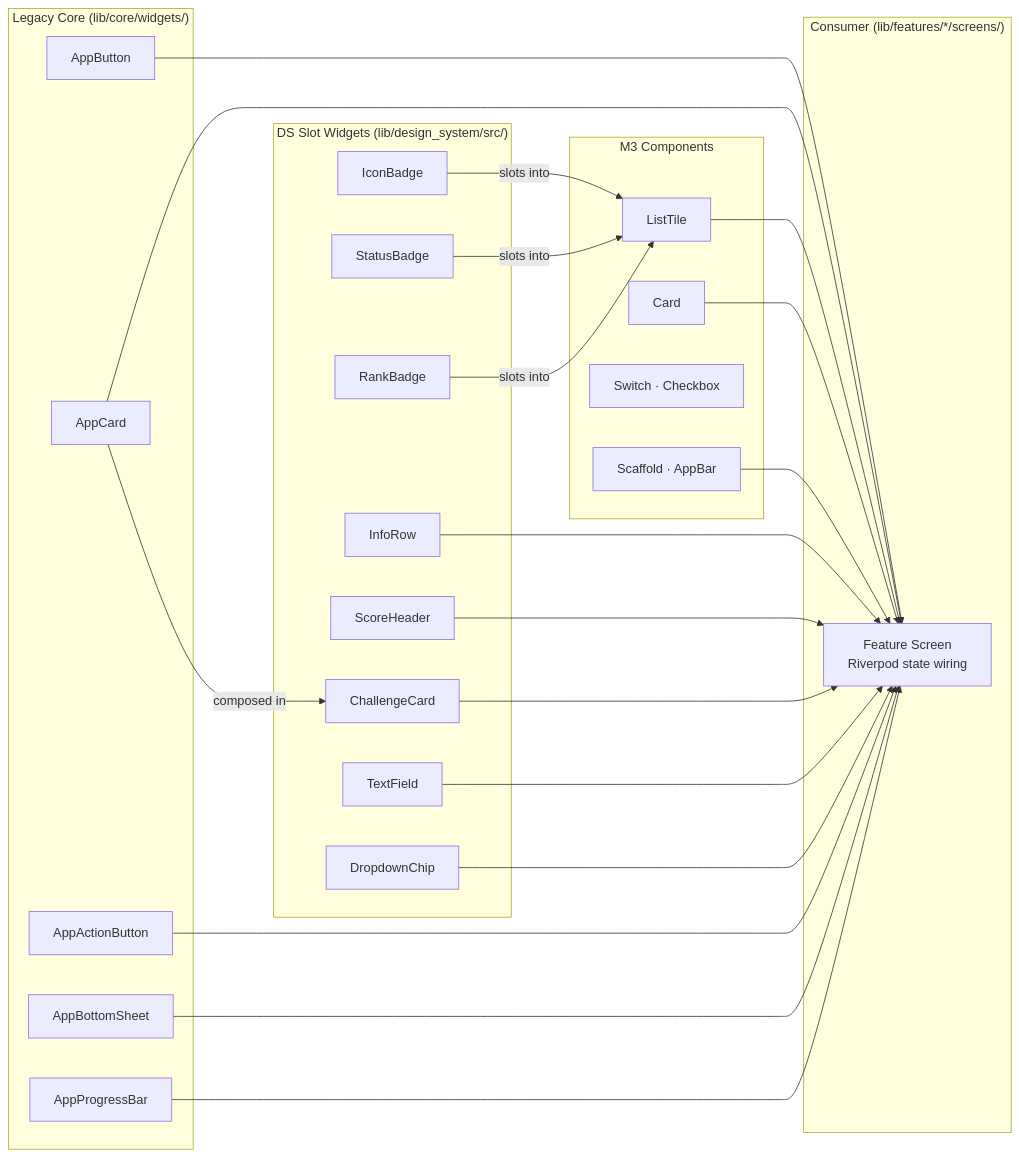
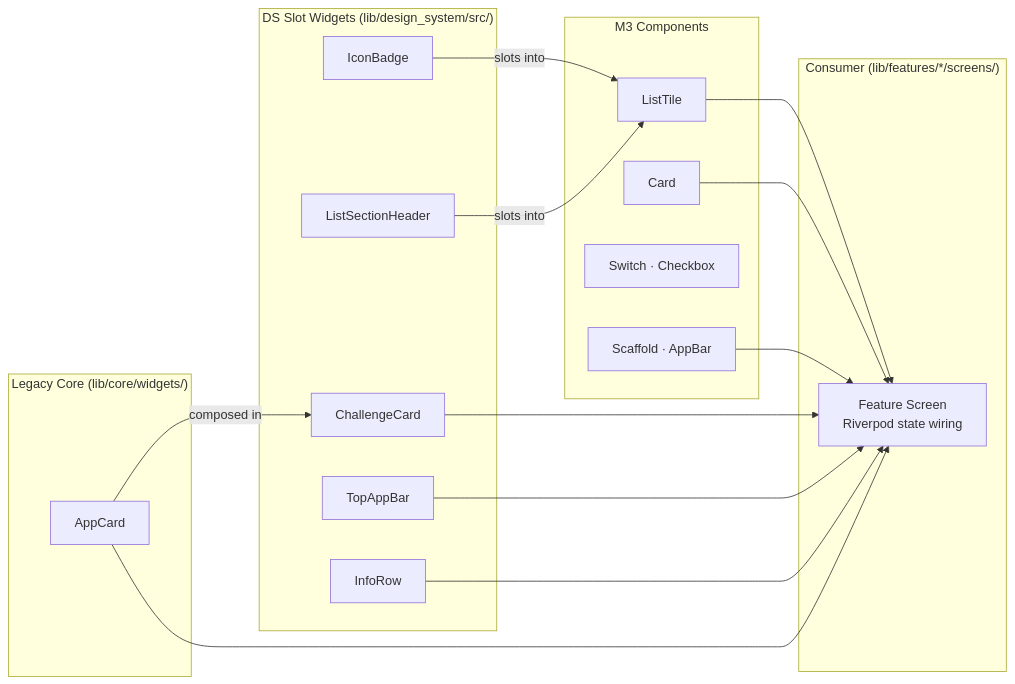
The fifth of 7 diagrams in lib/design_system/docs/AGENT_ARCHITECTURE.md (Usernode-Labs/flutter-mobile-app), drawn with Mermaid before and after one commit. The commit also changed 44 other files, not shown here.

````diff
--- a/lib/design_system/docs/AGENT_ARCHITECTURE.md
+++ b/lib/design_system/docs/AGENT_ARCHITECTURE.md
@@ -274,52 +274,38 @@
 ```mermaid
 graph LR
     subgraph "M3 Components"
         M3_LT["ListTile"]
         M3_CARD["Card"]
         M3_SW["Switch · Checkbox"]
         M3_SC["Scaffold · AppBar"]
     end
 
     subgraph "DS Slot Widgets (lib/design_system/src/)"
         DS_IB["IconBadge"]
-        DS_SB["StatusBadge"]
-        DS_RB["RankBadge"]
         DS_IR["InfoRow"]
-        DS_SH["ScoreHeader"]
+        DS_LSH["ListSectionHeader"]
         DS_CC["ChallengeCard"]
-        DS_TF["TextField"]
-        DS_DD["DropdownChip"]
+        DS_TAB["TopAppBar"]
     end
 
     subgraph "Legacy Core (lib/core/widgets/)"
-        CORE_BTN["AppButton"]
         CORE_CARD["AppCard"]
-        CORE_AB["AppActionButton"]
-        CORE_BS["AppBottomSheet"]
-        CORE_PB["AppProgressBar"]
     end
 
     subgraph "Consumer (lib/features/*/screens/)"
         SCREEN["Feature Screen\nRiverpod state wiring"]
     end
 
     DS_IB -->|"slots into"| M3_LT
-    DS_SB -->|"slots into"| M3_LT
-    DS_RB -->|"slots into"| M3_LT
+    DS_LSH -->|"slots into"| M3_LT
 
     M3_LT --> SCREEN
     M3_CARD --> SCREEN
     M3_SC --> SCREEN
     DS_CC --> SCREEN
-    DS_SH --> SCREEN
-    DS_TF --> SCREEN
-    DS_DD --> SCREEN
+    DS_TAB --> SCREEN
     DS_IR --> SCREEN
-    CORE_BTN --> SCREEN
     CORE_CARD --> SCREEN
-    CORE_AB --> SCREEN
-    CORE_BS --> SCREEN
-    CORE_PB --> SCREEN
 
     CORE_CARD -->|"composed in"| DS_CC
 ```
````
